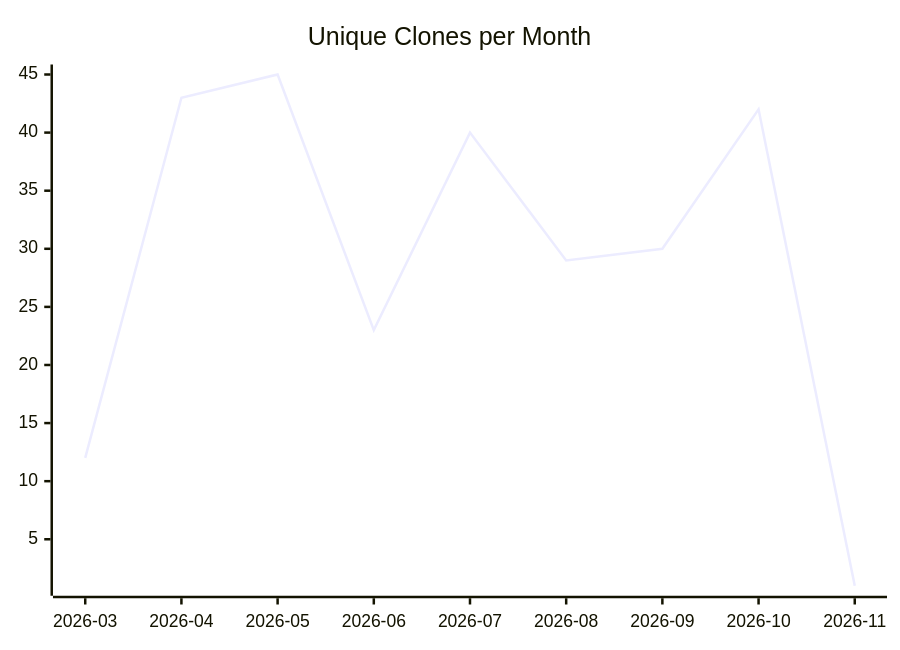
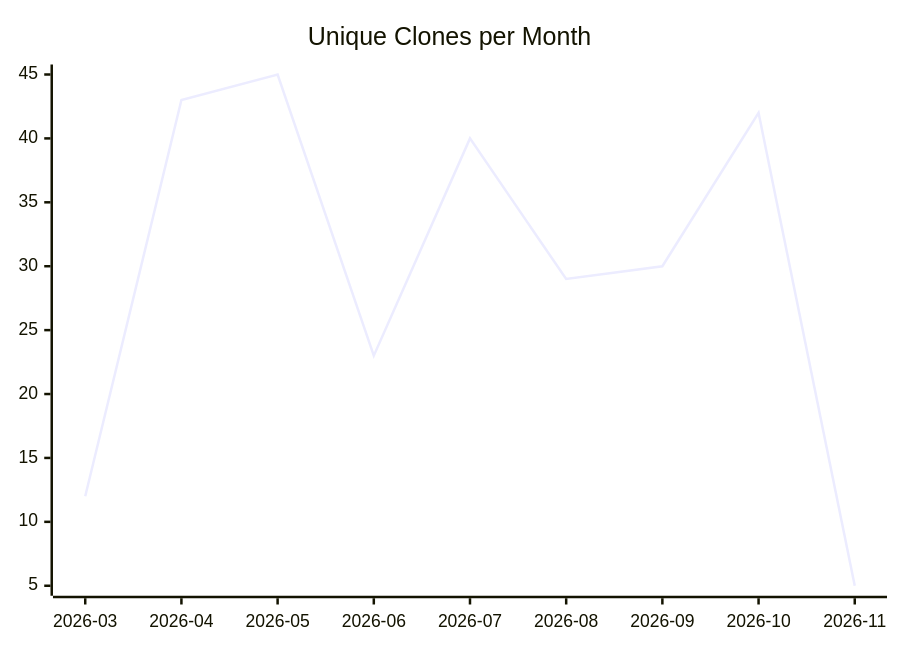
One commit to justdavis-family/github-analytics-data changed the third of 3 diagrams in karlmdavis/ksoap2-android/README.md. Above: the diagram before and after it, drawn with Mermaid. The commit also changed other lines of this file and 190 other files, not shown here.

````diff
--- a/karlmdavis/ksoap2-android/README.md
+++ b/karlmdavis/ksoap2-android/README.md
@@ -19,6 +19,6 @@
 ```mermaid
 xychart-beta
   title "Unique Clones per Month"
   x-axis ["2026-03", "2026-04", "2026-05", "2026-06", "2026-07", "2026-08", "2026-09", "2026-10", "2026-11"]
-  line [12, 43, 45, 23, 40, 29, 30, 42, 1]
+  line [12, 43, 45, 23, 40, 29, 30, 42, 5]
 ```
````
